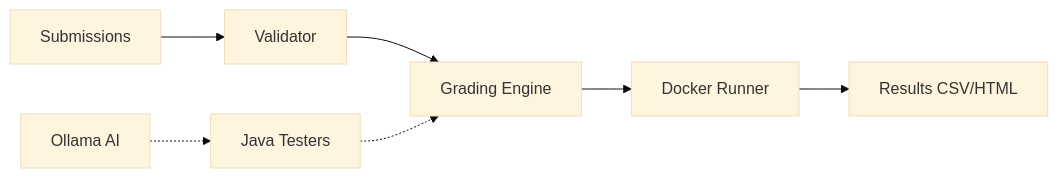
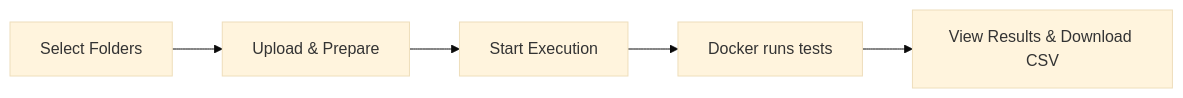
Before and after one commit to zek01svg/autograder: the first of 3 diagrams in README.md, drawn with Mermaid (base theme). The commit also changed other lines of this file and 14 other files, not shown here.

````diff
--- a/README.md
+++ b/README.md
@@ -120,9 +87,7 @@
 ```mermaid
 flowchart LR
-    A[Submissions] --> B[Validator]
-    B --> C[Grading Engine]
-    C --> D[Docker Runner]
-    D --> E[Results CSV/HTML]
-    F[Ollama AI] -.-> G[Java Testers]
-    G -.-> C
+    A["Select Folders"] --> B["Upload & Prepare"]
+    B --> C["Start Execution"]
+    C --> D["Docker runs tests"]
+    D --> E["View Results & Download CSV"]
 ```
````
